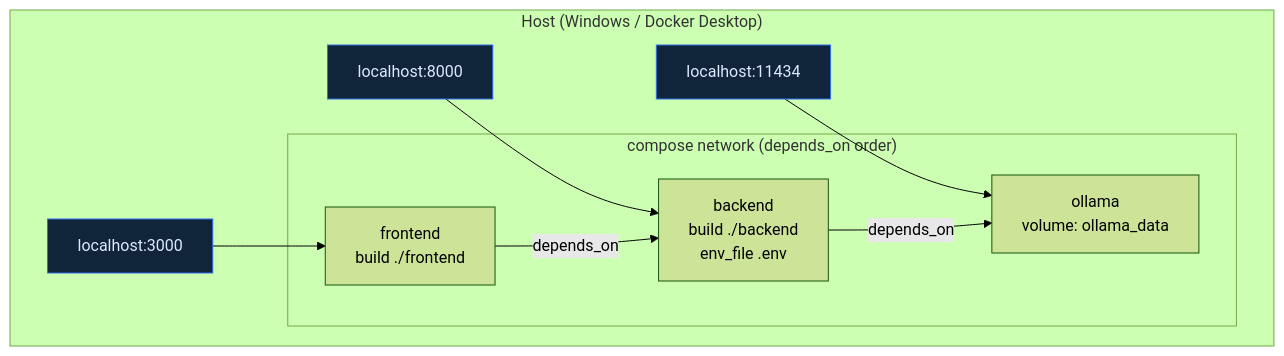
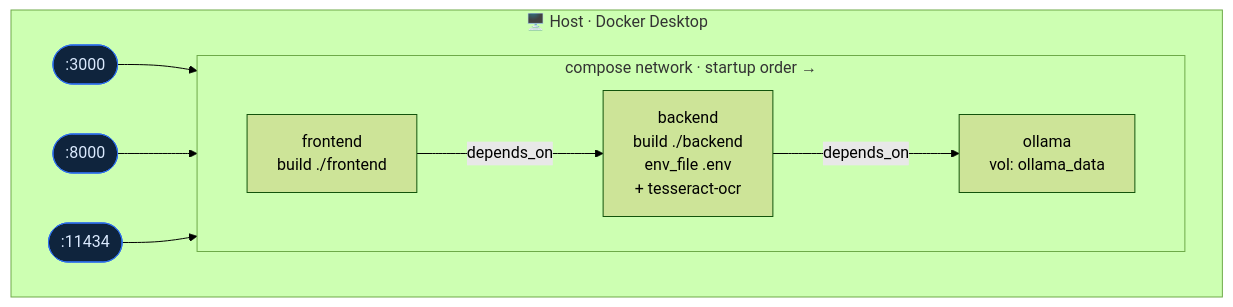
The eighth of 8 diagrams in docs/KIBANA-OO/Architecture.md (virimbo/kibana-oo), drawn with Mermaid (forest theme) before and after one commit. The commit also changed other lines of this file, not shown here.

First line of the commit message:
docs(architecture): polish — themed diagrams, resilience + triage, quality scorecard

````diff
--- a/docs/KIBANA-OO/Architecture.md
+++ b/docs/KIBANA-OO/Architecture.md
@@ -207,22 +275,21 @@
 ```mermaid
 flowchart TB
-    subgraph host["Host (Windows / Docker Desktop)"]
-        p3["localhost:3000"]:::port
-        p8["localhost:8000"]:::port
-        p11["localhost:11434"]:::port
+    subgraph host["🖥️ Host · Docker Desktop"]
+        p3([":3000"]):::port
+        p8([":8000"]):::port
+        p11([":11434"]):::port
 
-        subgraph net["compose network (depends_on order)"]
-            ol["ollama<br/>volume: ollama_data"]
-            be["backend<br/>build ./backend<br/>env_file .env"]
+        subgraph net["compose network · startup order →"]
+            direction LR
+            ol["ollama<br/>vol: ollama_data"]
+            be["backend<br/>build ./backend<br/>env_file .env<br/>+ tesseract-ocr"]
             fe["frontend<br/>build ./frontend"]
         end
     end
 
-    p3 --> fe
+    p3 --> fe -->|depends_on| be -->|depends_on| ol
     p8 --> be
     p11 --> ol
-    fe -->|depends_on| be
-    be -->|depends_on| ol
 
-    classDef port fill:#10243a,stroke:#2f6feb,color:#dbeafe;
+    classDef port fill:#0f243d,stroke:#2f6feb,color:#dbeafe;
 ```
````
